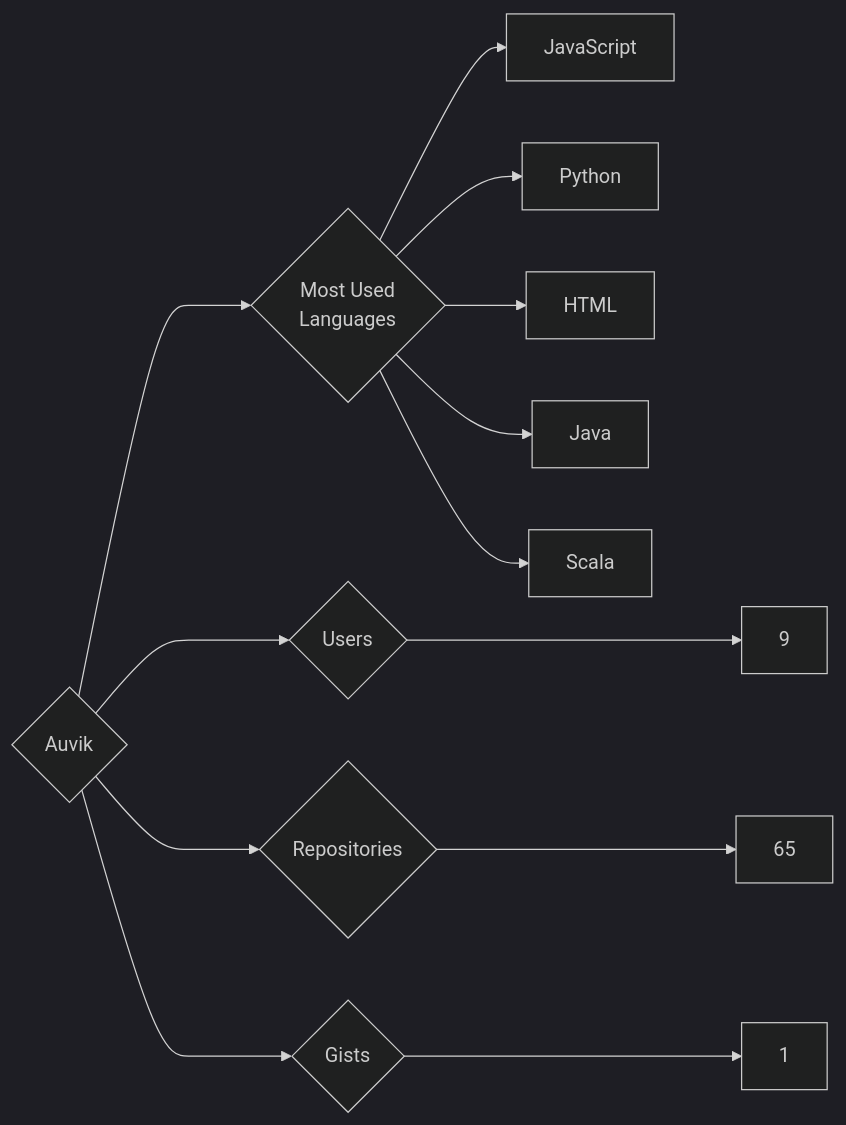
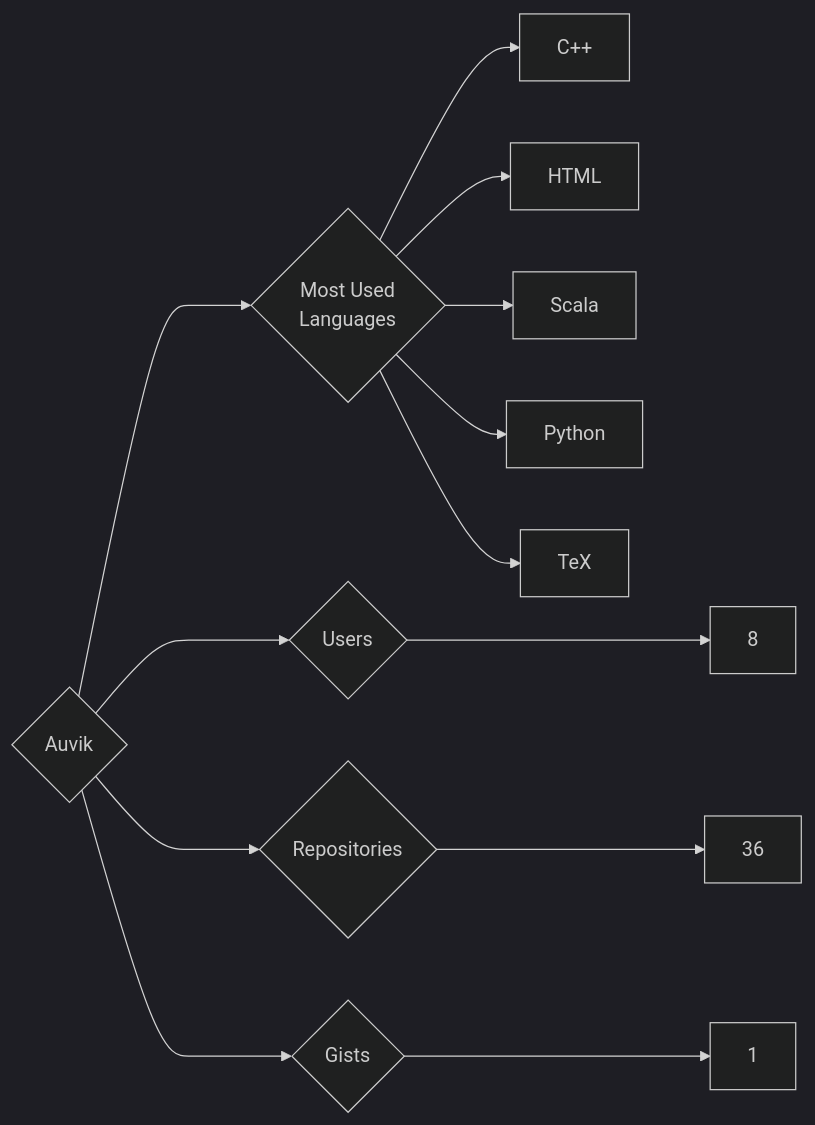
Before and after one commit to trickest/insiders: the diagram in targets/Auvik/README.md, drawn with Mermaid (dark theme). The commit also changed 782 other files, not shown here.

````diff
--- a/targets/Auvik/README.md
+++ b/targets/Auvik/README.md
@@ -3,13 +3,13 @@
 ```mermaid
 graph LR
 COMPANY_NAME{Auvik}
-COMPANY_NAME ---> U{Users} ---> UN[9]
-COMPANY_NAME ---> R{Repositories} ---> RN[65]
+COMPANY_NAME ---> U{Users} ---> UN[8]
+COMPANY_NAME ---> R{Repositories} ---> RN[36]
 COMPANY_NAME ---> G{Gists} ---> GN[1]
 COMPANY_NAME ---> ML{Most Used<br>Languages}
-ML --> JavaScript[JavaScript]
+ML --> C++[C++]
+ML --> HTML[HTML]
+ML --> Scala[Scala]
 ML --> Python[Python]
-ML --> HTML[HTML]
-ML --> Java[Java]
-ML --> Scala[Scala]
+ML --> TeX[TeX]
 ```
````
